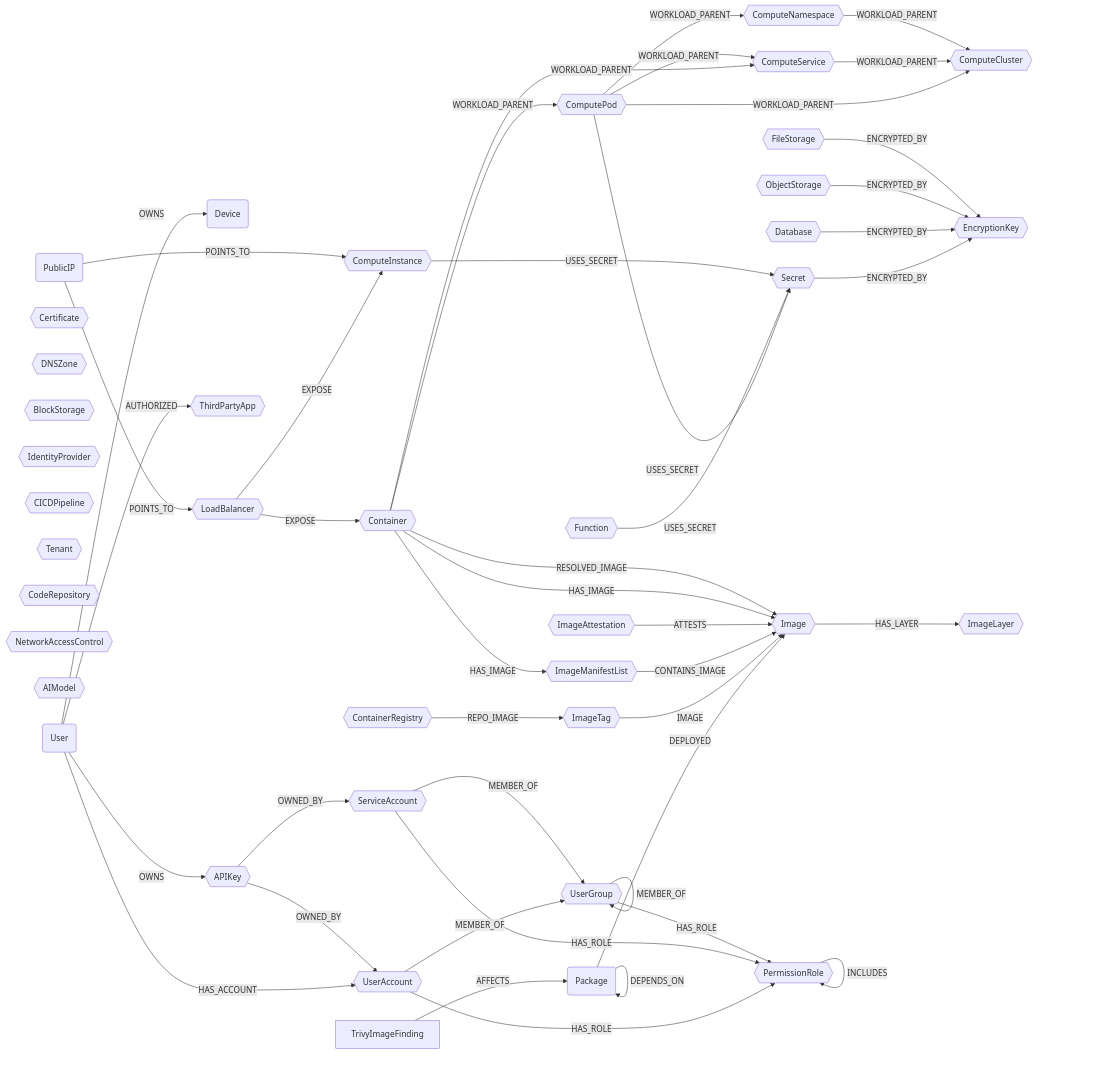
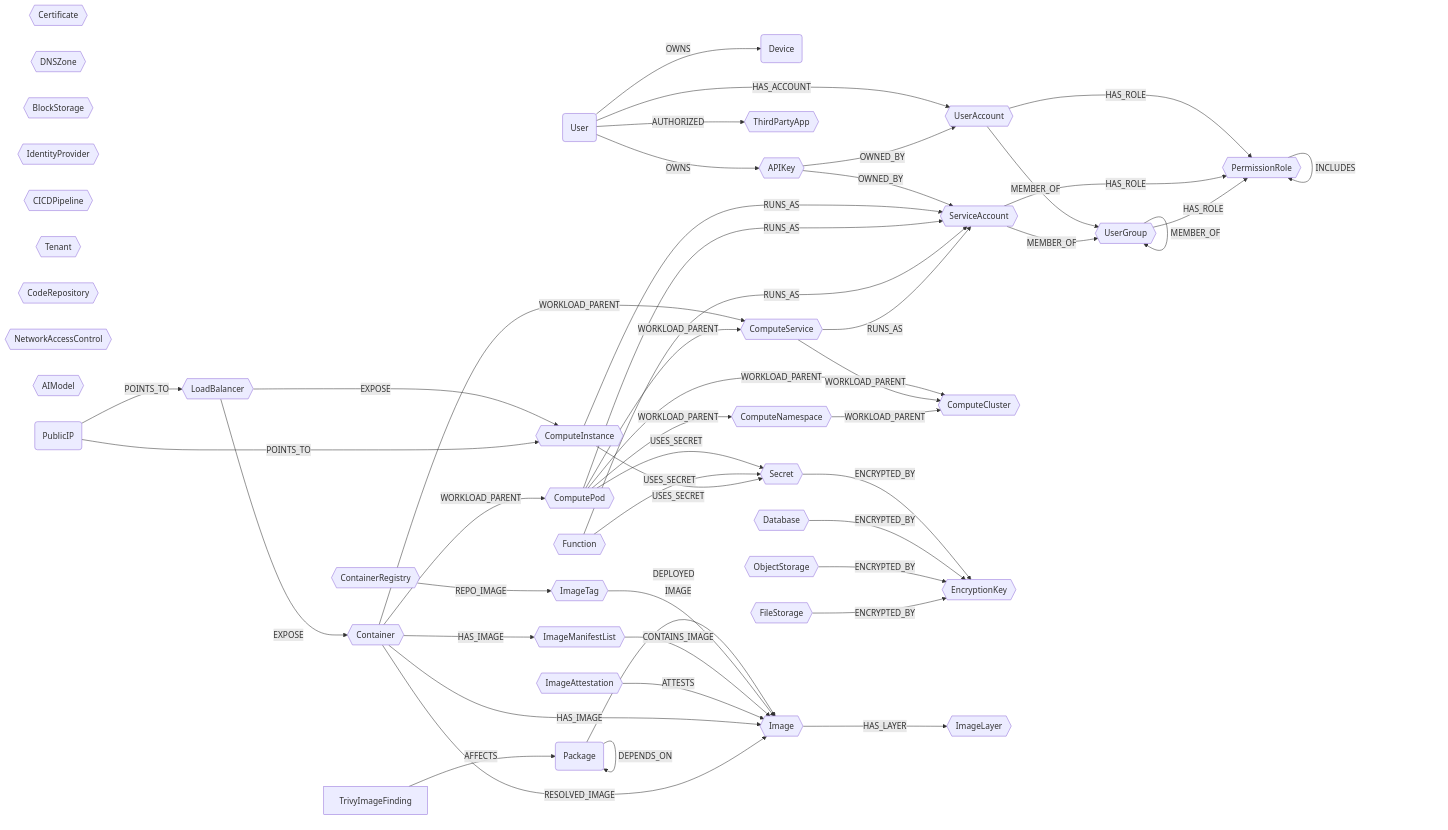
One commit to cartography-cncf/cartography changed the diagram in docs/root/modules/ontology/schema.md. Above: the diagram before and after it, drawn with Mermaid. The commit also changed other lines of this file and 8 other files, not shown here.

````diff
--- a/docs/root/modules/ontology/schema.md
+++ b/docs/root/modules/ontology/schema.md
@@ -6,68 +6,72 @@
 ```mermaid
 graph LR
 
 U(User) -- HAS_ACCOUNT --> UA{{UserAccount}}
 U -- OWNS --> CC(Device)
 U -- OWNS --> AK{{APIKey}}
 U -- AUTHORIZED --> OA{{ThirdPartyApp}}
 UG{{UserGroup}}
 SA{{ServiceAccount}}
 CERT{{Certificate}}
 LB{{LoadBalancer}} -- EXPOSE --> CI{{ComputeInstance}}
 LB{{LoadBalancer}} -- EXPOSE --> CT{{Container}}
 CL{{ComputeCluster}}
 CS{{ComputeService}}
 CNS{{ComputeNamespace}}
 CP{{ComputePod}}
 CT -- WORKLOAD_PARENT --> CP
 CT -- WORKLOAD_PARENT --> CS
 CP -- WORKLOAD_PARENT --> CS
 CP -- WORKLOAD_PARENT --> CNS
 CP -- WORKLOAD_PARENT --> CL
 CS -- WORKLOAD_PARENT --> CL
 CNS -- WORKLOAD_PARENT --> CL
 DB{{Database}}
 DZ{{DNSZone}}
 OS{{ObjectStorage}}
 FS{{FileStorage}}
 BS{{BlockStorage}}
 IDP{{IdentityProvider}}
 CICD{{CICDPipeline}}
 TN{{Tenant}}
 FN{{Function}}
 REPO{{CodeRepository}}
 SC{{Secret}}
 EK{{EncryptionKey}}
 SC -- ENCRYPTED_BY --> EK
 DB -- ENCRYPTED_BY --> EK
 OS -- ENCRYPTED_BY --> EK
 FS -- ENCRYPTED_BY --> EK
 CP -- USES_SECRET --> SC
 FN -- USES_SECRET --> SC
 CI -- USES_SECRET --> SC
 PR{{PermissionRole}}
 UA -- HAS_ROLE --> PR
 SA -- HAS_ROLE --> PR
 UG -- HAS_ROLE --> PR
 PR -- INCLUDES --> PR
 UA -- MEMBER_OF --> UG
 SA -- MEMBER_OF --> UG
 UG -- MEMBER_OF --> UG
 AK -- OWNED_BY --> UA
 AK -- OWNED_BY --> SA
+CI -- RUNS_AS --> SA
+CP -- RUNS_AS --> SA
+FN -- RUNS_AS --> SA
+CS -- RUNS_AS --> SA
 NAC{{NetworkAccessControl}}
 AIM{{AIModel}}
 PIP(PublicIP) -- POINTS_TO --> LB
 PIP -- POINTS_TO --> CI
 PKG(Package) -- DEPLOYED --> IM{{Image}}
 PKG -- DEPENDS_ON --> PKG
 F[TrivyImageFinding] -- AFFECTS --> PKG
 CR{{ContainerRegistry}} -- REPO_IMAGE --> IT{{ImageTag}}
 IT -- IMAGE --> IM
 IML{{ImageManifestList}} -- CONTAINS_IMAGE --> IM
 IA{{ImageAttestation}} -- ATTESTS --> IM
 IM -- HAS_LAYER --> IL{{ImageLayer}}
 CT -- HAS_IMAGE --> IM
 CT -- HAS_IMAGE --> IML
 CT -- RESOLVED_IMAGE --> IM
 ```
````
